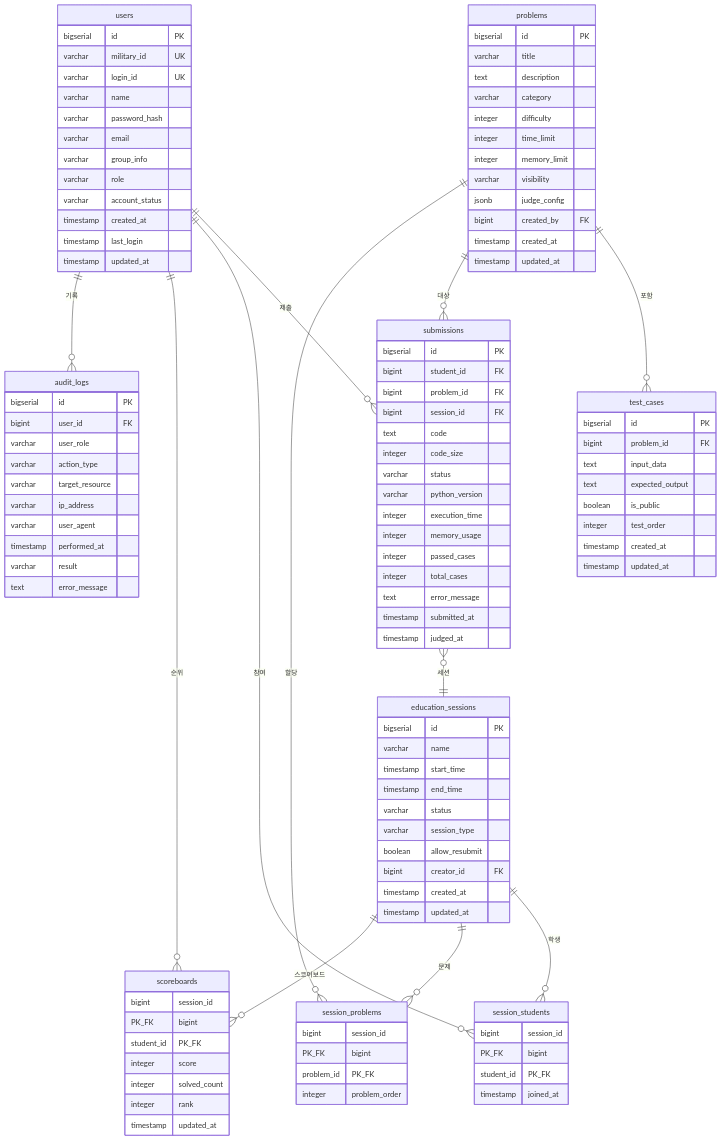
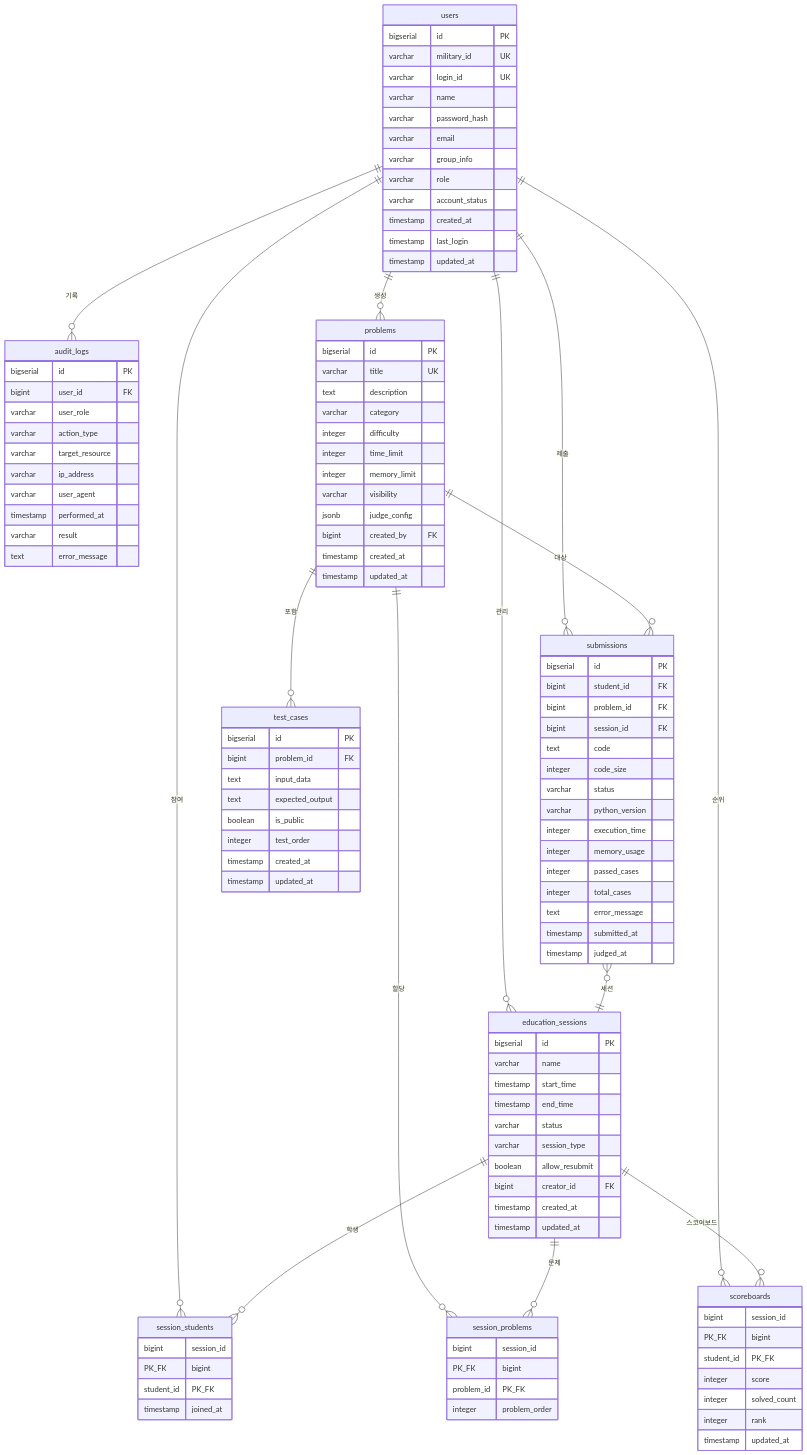
One commit to midopa-dept/python-code-judge changed the diagram in docs/6-erd.md. Above: the diagram before and after it, drawn with Mermaid. The commit also changed other lines of this file, not shown here.

Commit message:
ERD 문서에 테이블 구조 변경 반영

```diff
--- a/docs/6-erd.md
+++ b/docs/6-erd.md
@@ -14,6 +15,8 @@
     users ||--o{ session_students : "참여"
     users ||--o{ scoreboards : "순위"
     users ||--o{ audit_logs : "기록"
+    users ||--o{ problems : "생성"
+    users ||--o{ education_sessions : "관리"
 
     problems ||--o{ test_cases : "포함"
     problems ||--o{ submissions : "대상"
@@ -41,7 +44,7 @@
 
     problems {
         bigserial id PK
-        varchar title
+        varchar title UK
         text description
         varchar category
         integer difficulty
```
